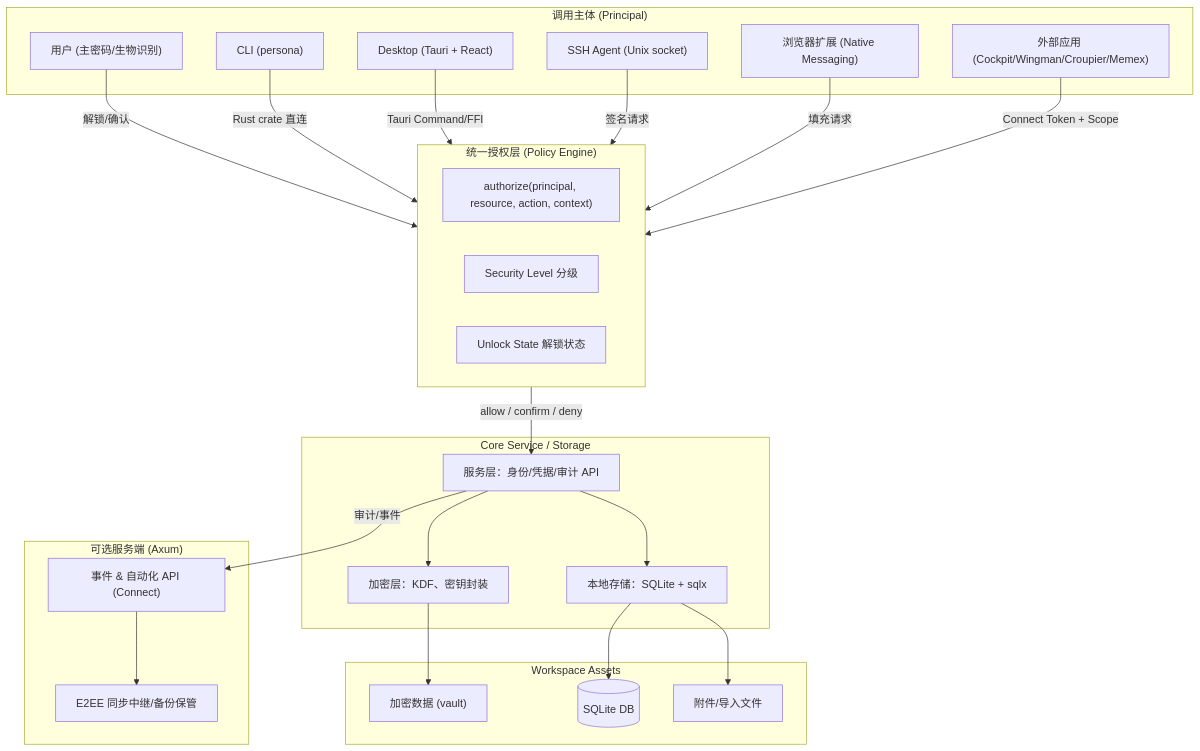
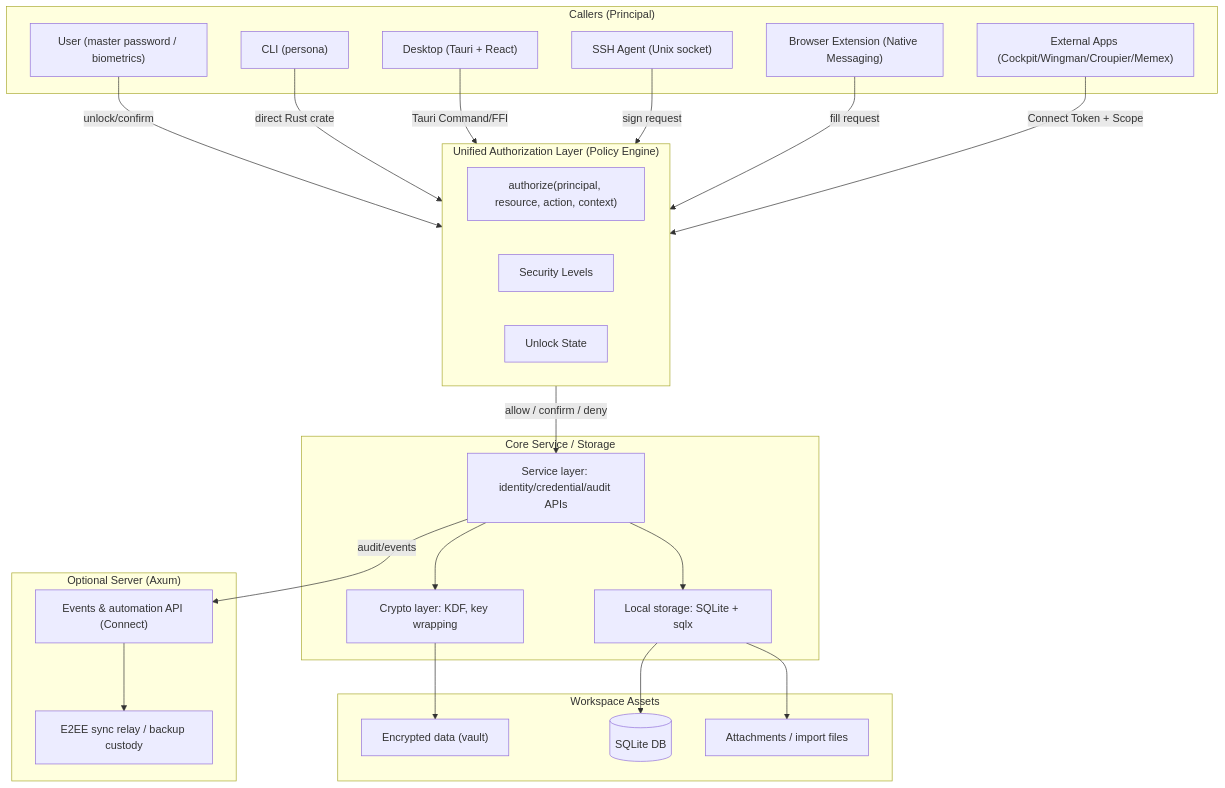
The first of 2 diagrams in docs/src/overview/architecture.md (cuihairu/persona), drawn with Mermaid before and after one commit. The commit also changed other lines of this file and 84 other files, not shown here.

````diff
--- a/docs/src/overview/architecture.md
+++ b/docs/src/overview/architecture.md
@@ -19,51 +32,51 @@
 ```mermaid
 flowchart TB
-    subgraph Principals["调用主体 (Principal)"]
-        User["用户 (主密码/生物识别)"]
+    subgraph Principals["Callers (Principal)"]
+        User["User (master password / biometrics)"]
         CLIP["CLI (persona)"]
         DesktopP["Desktop (Tauri + React)"]
         AgentP["SSH Agent (Unix socket)"]
-        ExtP["浏览器扩展 (Native Messaging)"]
-        AppP["外部应用 (Cockpit/Wingman/Croupier/Memex)"]
+        ExtP["Browser Extension (Native Messaging)"]
+        AppP["External Apps (Cockpit/Wingman/Croupier/Memex)"]
     end
 
-    subgraph AuthZ["统一授权层 (Policy Engine)"]
+    subgraph AuthZ["Unified Authorization Layer (Policy Engine)"]
         PE["authorize(principal, resource, action, context)"]
-        SL["Security Level 分级"]
-        US["Unlock State 解锁状态"]
+        SL["Security Levels"]
+        US["Unlock State"]
     end
 
     subgraph Core["Core Service / Storage"]
-        Services["服务层：身份/凭据/审计 API"]
-        Crypto["加密层：KDF、密钥封装"]
-        Storage["本地存储：SQLite + sqlx"]
+        Services["Service layer: identity/credential/audit APIs"]
+        Crypto["Crypto layer: KDF, key wrapping"]
+        Storage["Local storage: SQLite + sqlx"]
     end
 
     subgraph Workspace["Workspace Assets"]
-        Vault["加密数据 (vault)"]
+        Vault["Encrypted data (vault)"]
         DB[(SQLite DB)]
-        Files["附件/导入文件"]
+        Files["Attachments / import files"]
     end
 
-    subgraph Server["可选服务端 (Axum)"]
-        API["事件 & 自动化 API (Connect)"]
-        Sync["E2EE 同步中继/备份保管"]
+    subgraph Server["Optional Server (Axum)"]
+        API["Events & automation API (Connect)"]
+        Sync["E2EE sync relay / backup custody"]
     end
 
-    User -->|解锁/确认| AuthZ
-    CLIP -->|Rust crate 直连| AuthZ
+    User -->|unlock/confirm| AuthZ
+    CLIP -->|direct Rust crate| AuthZ
     DesktopP -->|Tauri Command/FFI| AuthZ
-    AgentP -->|签名请求| AuthZ
-    ExtP -->|填充请求| AuthZ
+    AgentP -->|sign request| AuthZ
+    ExtP -->|fill request| AuthZ
     AppP -->|Connect Token + Scope| AuthZ
 
     AuthZ -->|allow / confirm / deny| Services
     Services --> Crypto
     Services --> Storage
     Crypto --> Vault
     Storage --> DB
     Storage --> Files
 
-    Services -->|审计/事件| API
+    Services -->|audit/events| API
     API --> Sync
 ```
````
